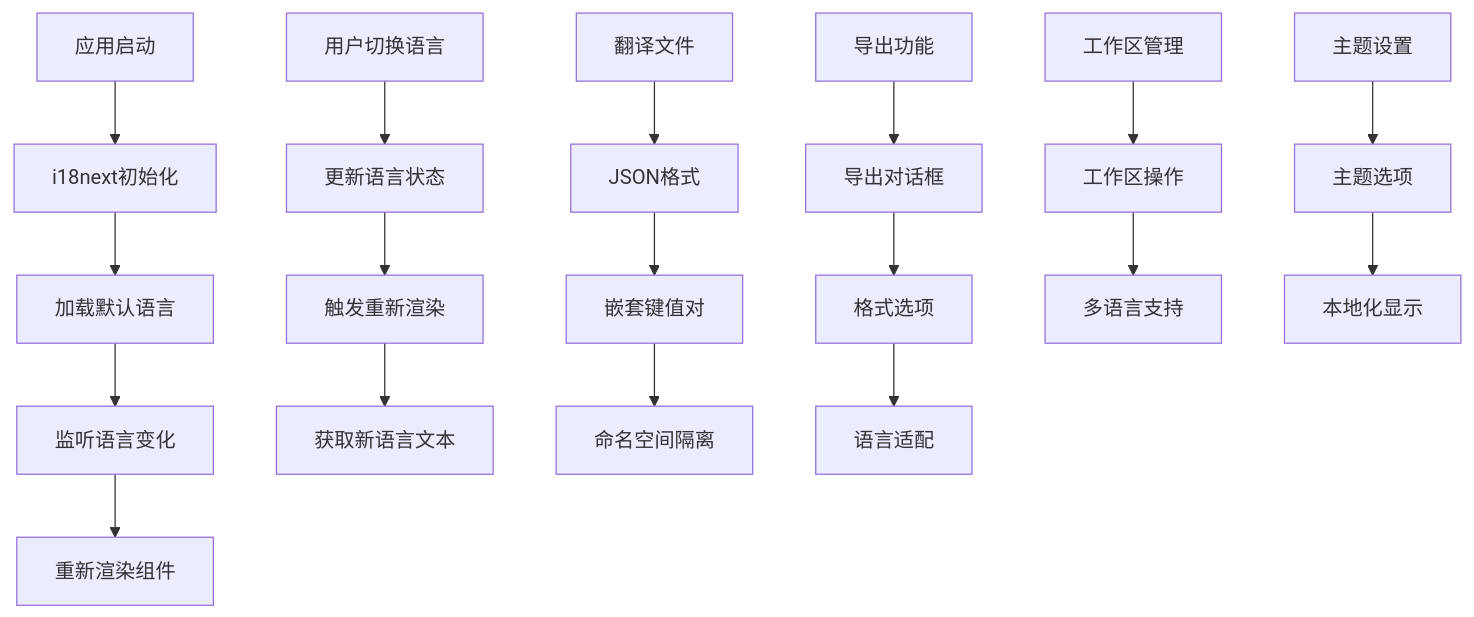
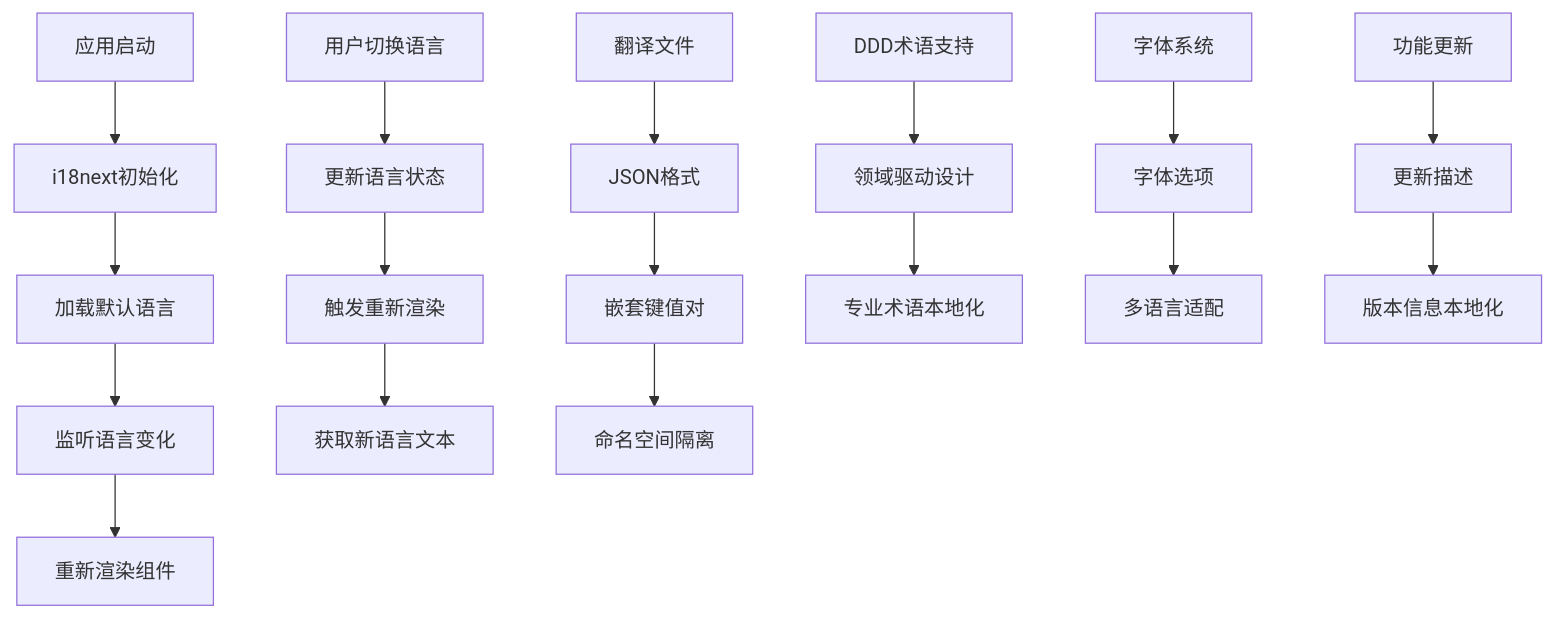
Before and after one commit to gongshiyun/ZenNote: the first of 2 diagrams in .qoder/repowiki/zh/content/国际化.md, drawn with Mermaid. The commit also changed other lines of this file and 42 other files, not shown here.

````diff
--- a/.qoder/repowiki/zh/content/国际化.md
+++ b/.qoder/repowiki/zh/content/国际化.md
@@ -44,20 +44,19 @@
 ```mermaid
 graph TD
 A[应用启动] --> B[i18next初始化]
 B --> C[加载默认语言]
 C --> D[监听语言变化]
 D --> E[重新渲染组件]
 F[用户切换语言] --> G[更新语言状态]
 G --> H[触发重新渲染]
 H --> I[获取新语言文本]
 J[翻译文件] --> K[JSON格式]
 K --> L[嵌套键值对]
 L --> M[命名空间隔离]
-N[导出功能] --> O[导出对话框]
-O --> P[格式选项]
-P --> Q[语言适配]
-R[工作区管理] --> S[工作区操作]
-S --> T[多语言支持]
-U[主题设置] --> V[主题选项]
-V --> W[本地化显示]
+N[DDD术语支持] --> O[领域驱动设计]
+O --> P[专业术语本地化]
+Q[字体系统] --> R[字体选项]
+R --> S[多语言适配]
+T[功能更新] --> U[更新描述]
+U --> V[版本信息本地化]
 ```
````
